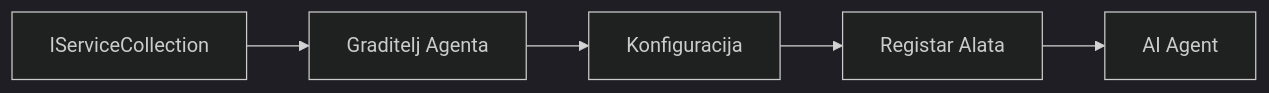
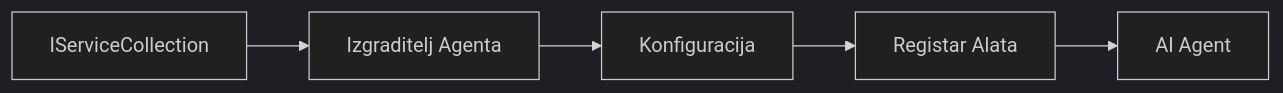
The diagram in translations/hr/03-agentic-design-patterns/code_samples/03-dotnet-agent-framework.md (venturemavenwill/azureaifundamentals), drawn with Mermaid (dark theme) before and after one commit. The commit also changed other lines of this file and 2002 other files, not shown here.

````diff
--- a/translations/hr/03-agentic-design-patterns/code_samples/03-dotnet-agent-framework.md
+++ b/translations/hr/03-agentic-design-patterns/code_samples/03-dotnet-agent-framework.md
@@ -41,7 +41,7 @@
 ```mermaid
 graph LR
-    A[IServiceCollection] --> B[Graditelj Agenta]
+    A[IServiceCollection] --> B[Izgraditelj Agenta]
     B --> C[Konfiguracija]
     C --> D[Registar Alata]
     D --> E[AI Agent]
 ```
````
